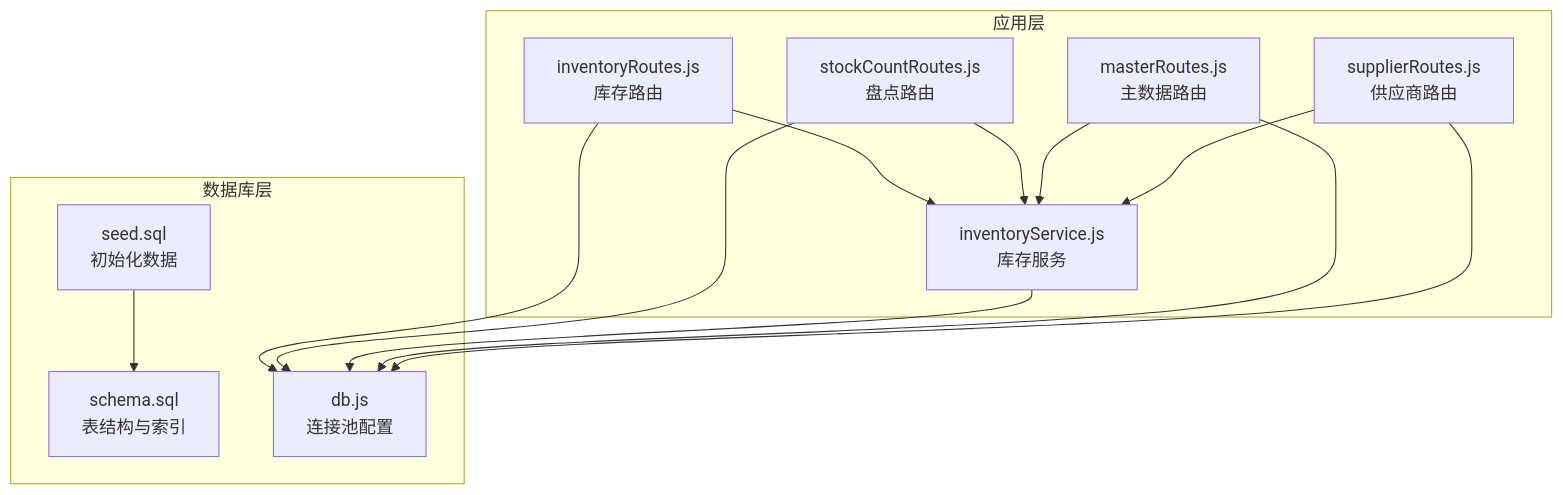
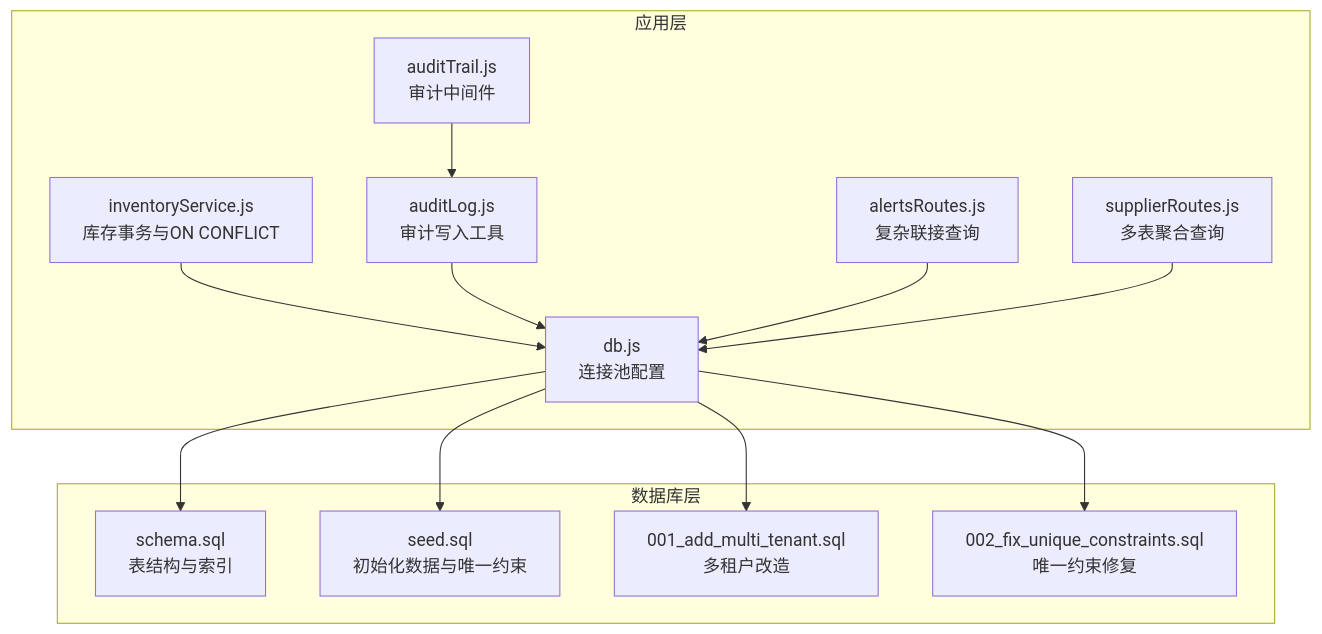
The first of 3 diagrams in .qoder/repowiki/zh/content/数据库设计/索引与约束.md (Juny09/inventory_system), drawn with Mermaid before and after one commit. The commit also changed other lines of this file and 171 other files, not shown here.

````diff
--- a/.qoder/repowiki/zh/content/数据库设计/索引与约束.md
+++ b/.qoder/repowiki/zh/content/数据库设计/索引与约束.md
@@ -37,25 +39,26 @@
 ```mermaid
 graph TB
 subgraph "数据库层"
-S["schema.sql<br/>表结构与索引"]
-D["db.js<br/>连接池配置"]
-Seed["seed.sql<br/>初始化数据"]
+SCHEMA["schema.sql<br/>表结构与索引"]
+SEED["seed.sql<br/>初始化数据与唯一约束"]
+MIG1["001_add_multi_tenant.sql<br/>多租户改造"]
+MIG2["002_fix_unique_constraints.sql<br/>唯一约束修复"]
 end
 subgraph "应用层"
-IR["inventoryRoutes.js<br/>库存路由"]
-SR["stockCountRoutes.js<br/>盘点路由"]
-ISR["inventoryService.js<br/>库存服务"]
-MR["masterRoutes.js<br/>主数据路由"]
-SUPR["supplierRoutes.js<br/>供应商路由"]
+CFG["db.js<br/>连接池配置"]
+INV["inventoryService.js<br/>库存事务与ON CONFLICT"]
+AUDIT_M["auditTrail.js<br/>审计中间件"]
+AUDIT_U["auditLog.js<br/>审计写入工具"]
+ALERTS["alertsRoutes.js<br/>复杂联接查询"]
+SUPPLIER["supplierRoutes.js<br/>多表聚合查询"]
 end
-IR --> ISR
-SR --> ISR
-MR --> ISR
-SUPR --> ISR
-IR --> D
-SR --> D
-ISR --> D
-MR --> D
-SUPR --> D
-Seed --> S
+CFG --> SCHEMA
+CFG --> SEED
+CFG --> MIG1
+CFG --> MIG2
+INV --> CFG
+AUDIT_M --> AUDIT_U
+AUDIT_U --> CFG
+ALERTS --> CFG
+SUPPLIER --> CFG
 ```
````
